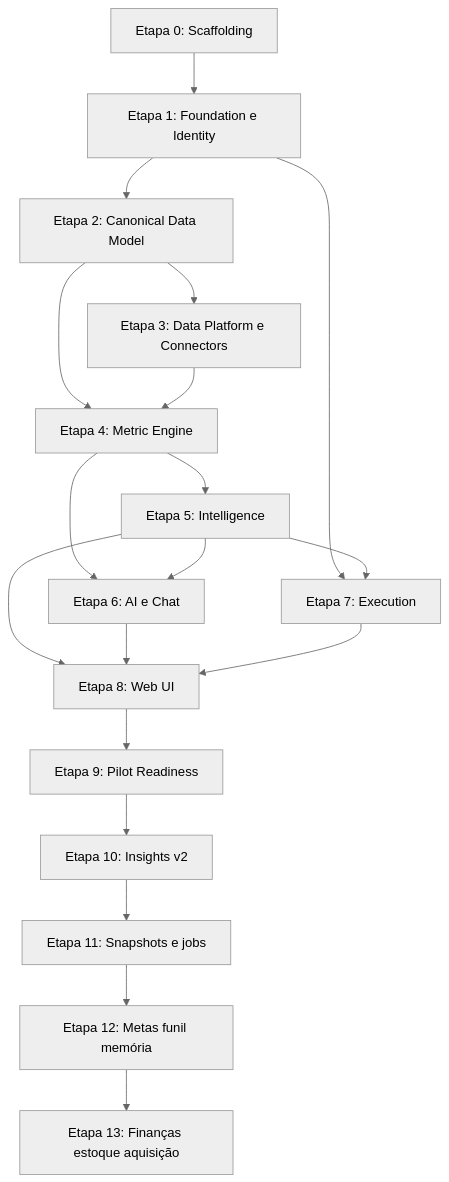
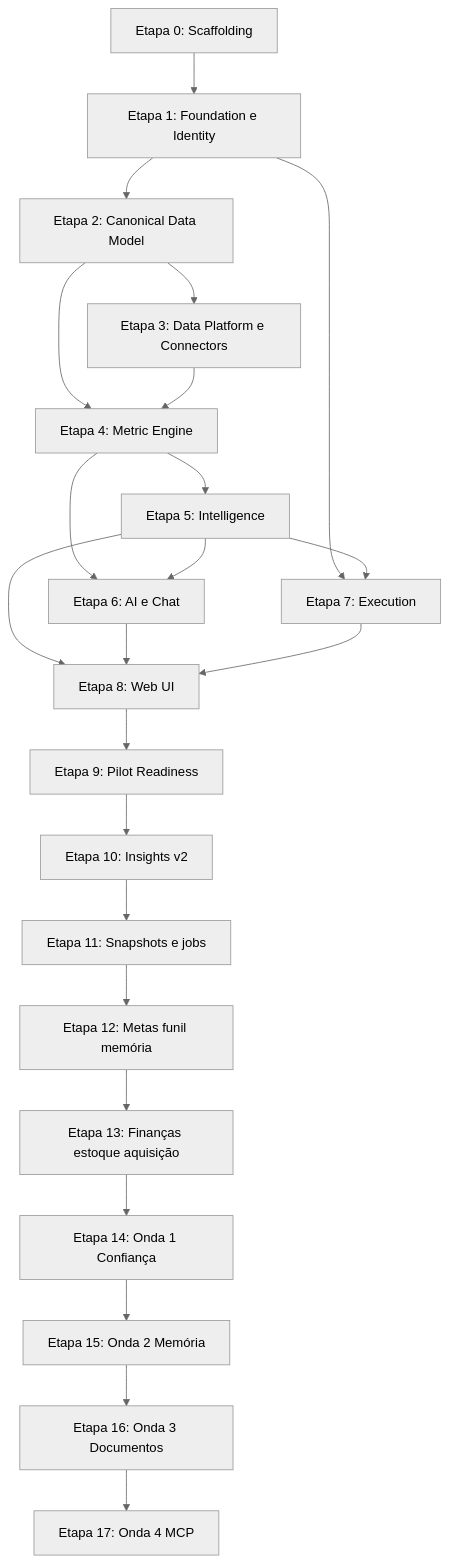
One commit to wesleyleandro7g/tactia changed the diagram in PLANO-EXECUCAO.md. Above: the diagram before and after it, drawn with Mermaid (neutral theme). The commit also changed other lines of this file and 2 other files, not shown here.

````diff
--- a/PLANO-EXECUCAO.md
+++ b/PLANO-EXECUCAO.md
@@ -60,21 +60,25 @@
 ```mermaid
 flowchart TD
     E0[Etapa 0: Scaffolding] --> E1[Etapa 1: Foundation e Identity]
     E1 --> E2[Etapa 2: Canonical Data Model]
     E2 --> E3[Etapa 3: Data Platform e Connectors]
     E2 --> E4[Etapa 4: Metric Engine]
     E3 --> E4
     E4 --> E5[Etapa 5: Intelligence]
     E4 --> E6[Etapa 6: AI e Chat]
     E5 --> E6
     E1 --> E7[Etapa 7: Execution]
     E5 --> E7
     E5 --> E8[Etapa 8: Web UI]
     E6 --> E8
     E7 --> E8
     E8 --> E9[Etapa 9: Pilot Readiness]
     E9 --> E10[Etapa 10: Insights v2]
     E10 --> E11[Etapa 11: Snapshots e jobs]
     E11 --> E12[Etapa 12: Metas funil memória]
     E12 --> E13[Etapa 13: Finanças estoque aquisição]
+    E13 --> E14[Etapa 14: Onda 1 Confiança]
+    E14 --> E15[Etapa 15: Onda 2 Memória]
+    E15 --> E16[Etapa 16: Onda 3 Documentos]
+    E16 --> E17[Etapa 17: Onda 4 MCP]
 ```
````
